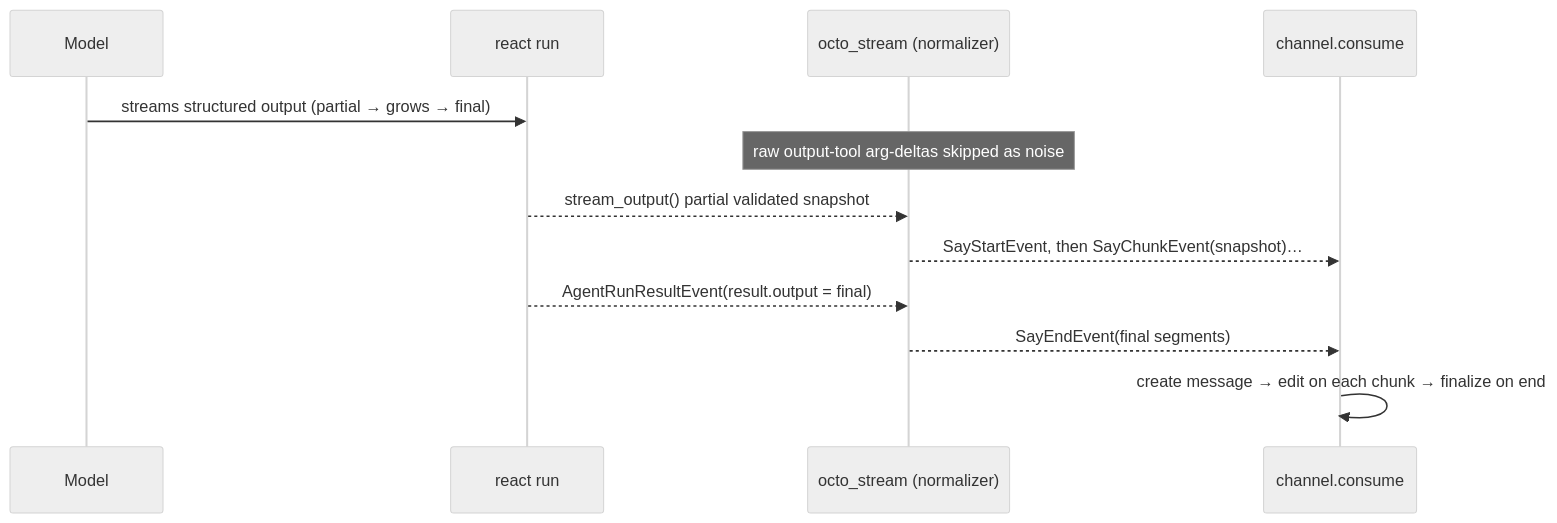
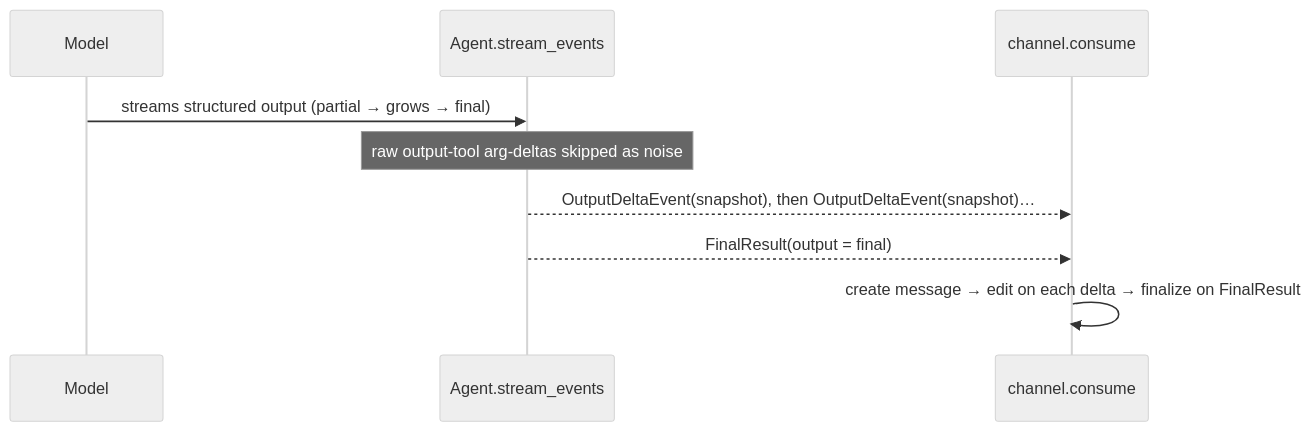
One commit to kalynnka/octomate changed the fourth of 6 diagrams in docs/plans/agent-event-stream.md. Above: the diagram before and after it, drawn with Mermaid (neutral theme). The commit also changed other lines of this file and 16 other files, not shown here.

````diff
--- a/docs/plans/agent-event-stream.md
+++ b/docs/plans/agent-event-stream.md
@@ -201,15 +229,12 @@
 ```mermaid
 sequenceDiagram
     participant M as Model
-    participant R as react run
-    participant N as octo_stream (normalizer)
+    participant SE as Agent.stream_events
     participant C as channel.consume
 
-    M->>R: streams structured output (partial → grows → final)
-    Note over N: raw output-tool arg-deltas skipped as noise
-    R-->>N: stream_output() partial validated snapshot
-    N-->>C: SayStartEvent, then SayChunkEvent(snapshot)…
-    R-->>N: AgentRunResultEvent(result.output = final)
-    N-->>C: SayEndEvent(final segments)
-    C->>C: create message → edit on each chunk → finalize on end
+    M->>SE: streams structured output (partial → grows → final)
+    Note over SE: raw output-tool arg-deltas skipped as noise
+    SE-->>C: OutputDeltaEvent(snapshot), then OutputDeltaEvent(snapshot)…
+    SE-->>C: FinalResult(output = final)
+    C->>C: create message → edit on each delta → finalize on FinalResult
 ```
````
